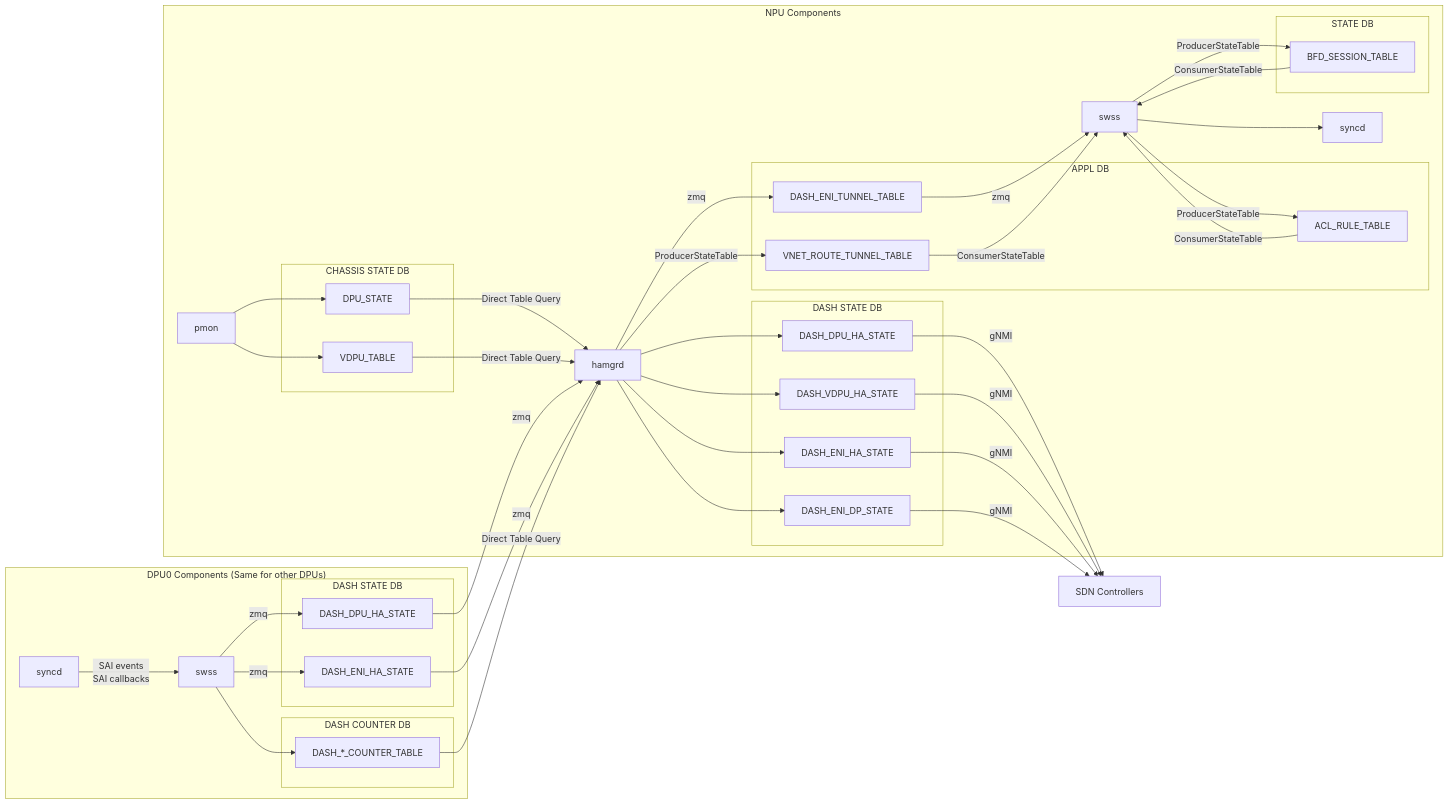
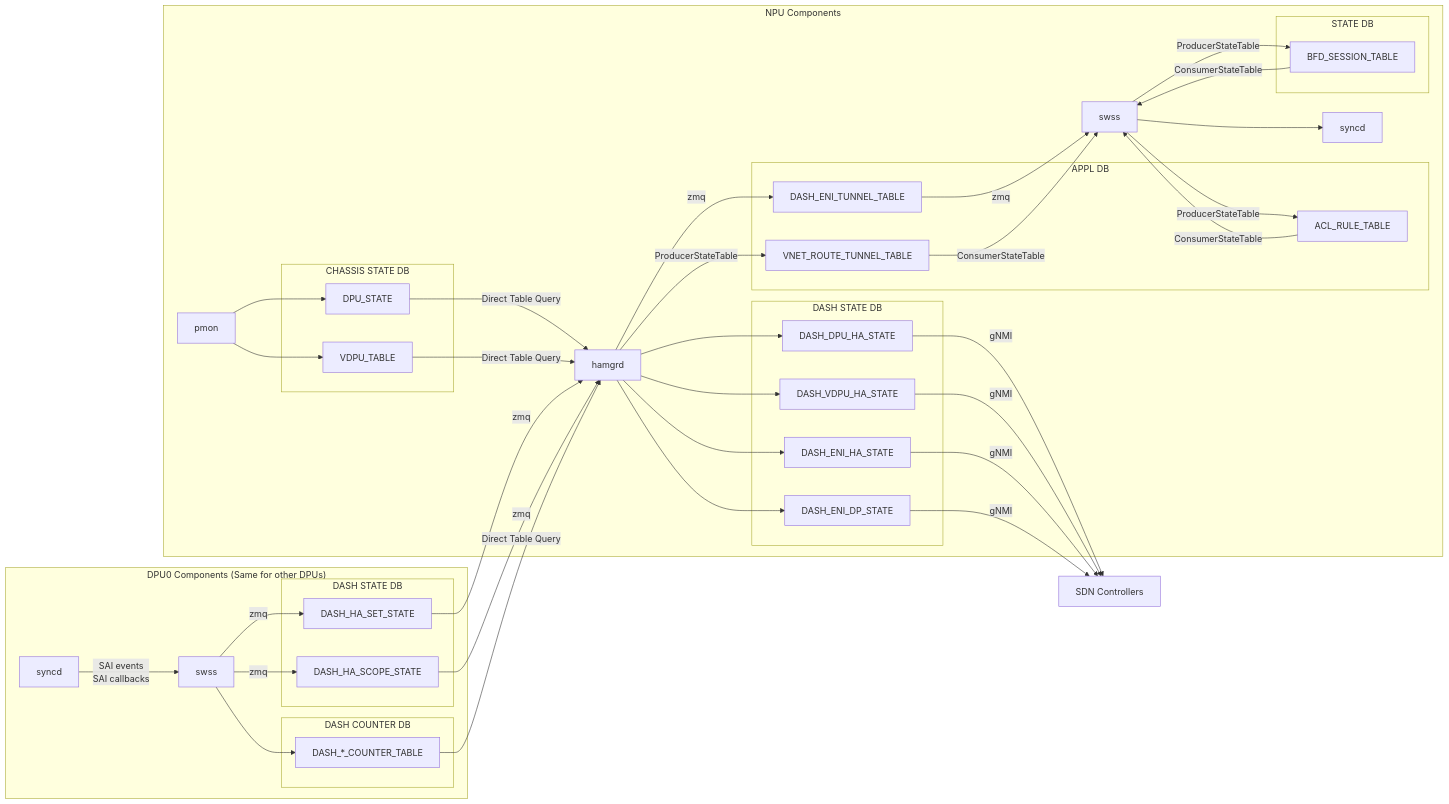
Before and after one commit to sonic-net/SONiC: the second of 2 diagrams in doc/smart-switch/high-availability/smart-switch-ha-detailed-design.md, drawn with Mermaid. The commit also changed other lines of this file, not shown here.

```diff
--- a/doc/smart-switch/high-availability/smart-switch-ha-detailed-design.md
+++ b/doc/smart-switch/high-availability/smart-switch-ha-detailed-design.md
@@ -215,8 +214,8 @@
       DPU_SYNCD[syncd]
 
       subgraph DASH STATE DB
-         DPU_DASH_DPU_HA_STATE[DASH_DPU_HA_STATE]
-         DPU_DASH_ENI_HA_STATE[DASH_ENI_HA_STATE]
+         DPU_DASH_HA_SET_STATE[DASH_HA_SET_STATE]
+         DPU_DASH_HA_SCOPE_STATE[DASH_HA_SCOPE_STATE]
       end
 
       subgraph DASH COUNTER DB
@@ -244,8 +243,8 @@
    NPU_SWSS --> |ProducerStateTable| NPU_ACL_RULE
 
    %% DPU tables --> hamgrd:
-   DPU_DASH_DPU_HA_STATE --> |zmq| NPU_HAMGRD
-   DPU_DASH_ENI_HA_STATE --> |zmq| NPU_HAMGRD
+   DPU_DASH_HA_SET_STATE --> |zmq| NPU_HAMGRD
+   DPU_DASH_HA_SCOPE_STATE --> |zmq| NPU_HAMGRD
    DPU_DASH_COUNTERS --> |Direct Table Query| NPU_HAMGRD
 
    %% hamgrd --> NPU tables:
@@ -262,8 +261,8 @@
    DPU_SYNCD --> |SAI events<br/>SAI callbacks| DPU_SWSS 
 
    %% DPU swss --> DPU tables:
-   DPU_SWSS --> |zmq| DPU_DASH_DPU_HA_STATE
-   DPU_SWSS --> |zmq| DPU_DASH_ENI_HA_STATE
+   DPU_SWSS --> |zmq| DPU_DASH_HA_SET_STATE
+   DPU_SWSS --> |zmq| DPU_DASH_HA_SCOPE_STATE
    DPU_SWSS --> DPU_DASH_COUNTERS
 
    %% NPU state tables --> Upstream service:
```
